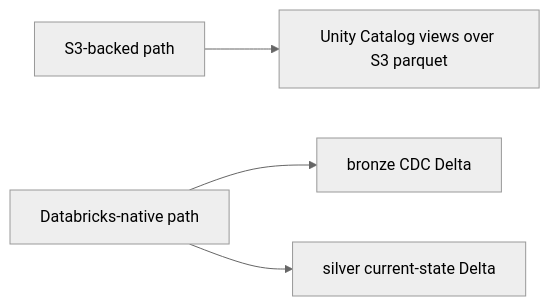
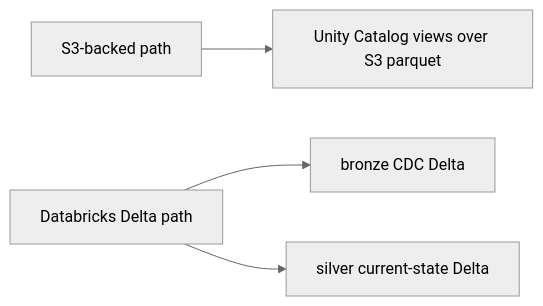
Before and after one commit to shpitdev/convex-streaming-olap-export: the diagram in platform/databricks/README.md, drawn with Mermaid (neutral theme). The commit also changed other lines of this file and 20 other files, not shown here.

First line of the commit message:
feat: bundle databricks delta workflow (#19)

````diff
--- a/platform/databricks/README.md
+++ b/platform/databricks/README.md
@@ -9,8 +9,8 @@
 ```mermaid
 flowchart LR
   S3[S3-backed path]
-  Native[Databricks-native path]
+  Delta[Databricks Delta path]
   S3 --> Views[Unity Catalog views over S3 parquet]
-  Native --> Bronze[bronze CDC Delta]
-  Native --> Silver[silver current-state Delta]
+  Delta --> Bronze[bronze CDC Delta]
+  Delta --> Silver[silver current-state Delta]
 ```
````
